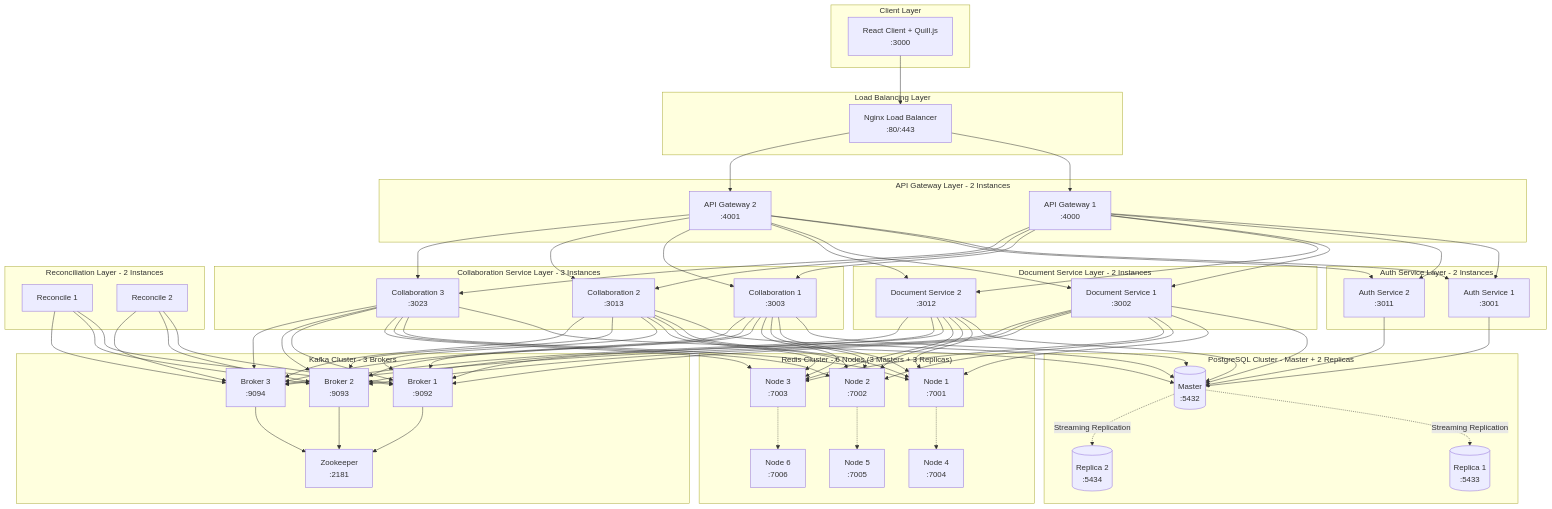
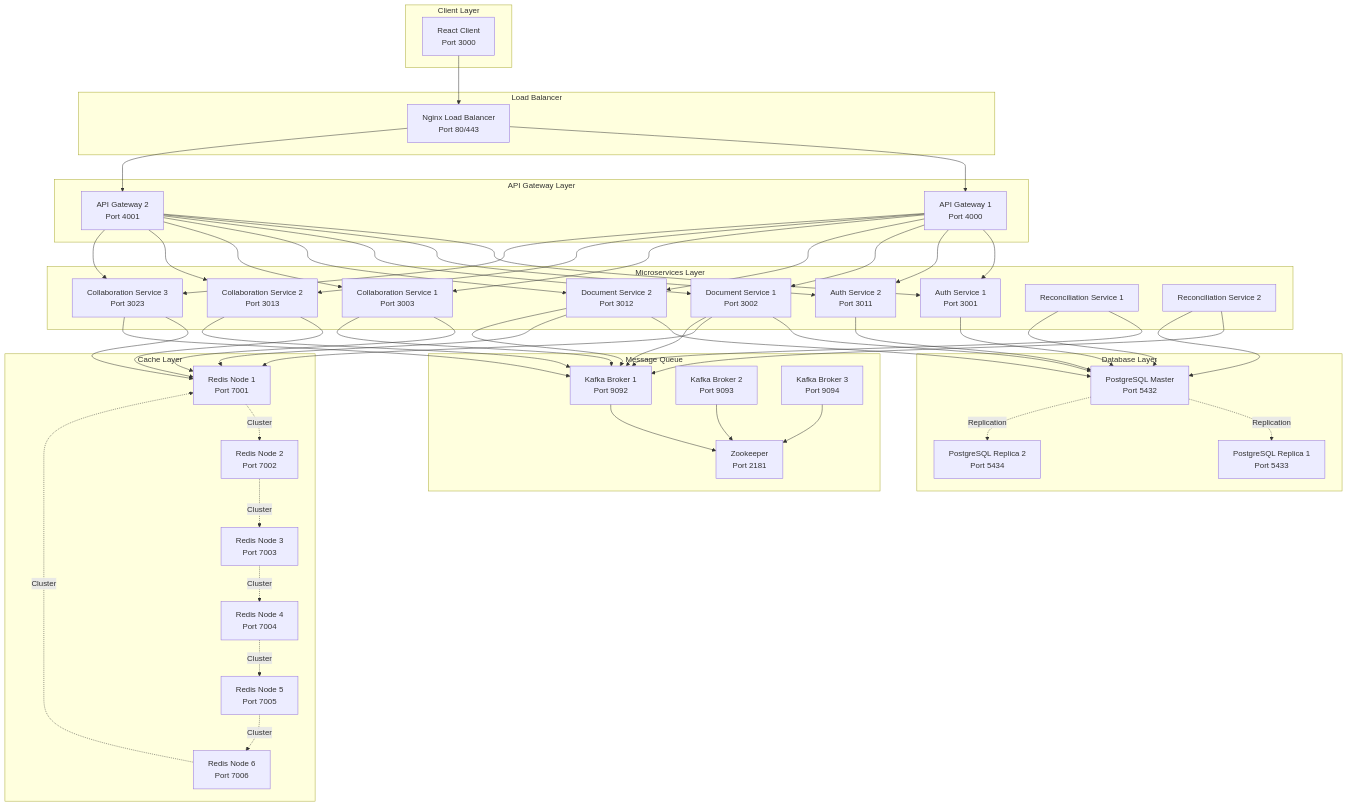
Before and after one commit to Tomato-bugs-potato/Collaborative-Text-Editor: the diagram in docs/ARCHITECTURE.md, drawn with Mermaid. The commit also changed other lines of this file, not shown here.

````diff
--- a/docs/ARCHITECTURE.md
+++ b/docs/ARCHITECTURE.md
@@ -35,81 +35,105 @@
 ```mermaid
 graph TB
     subgraph "Client Layer"
-        C[React Client + Quill.js<br/>:3000]
+        Client[React Client<br/>Port 3000]
     end
+
+    subgraph "Load Balancer"
+        Nginx[Nginx Load Balancer<br/>Port 80/443]
+    end
+
+    subgraph "API Gateway Layer"
+        GW1[API Gateway 1<br/>Port 4000]
+        GW2[API Gateway 2<br/>Port 4001]
+    end
+
+    subgraph "Microservices Layer"
+        Auth1[Auth Service 1<br/>Port 3001]
+        Auth2[Auth Service 2<br/>Port 3011]
+        Doc1[Document Service 1<br/>Port 3002]
+        Doc2[Document Service 2<br/>Port 3012]
+        Collab1[Collaboration Service 1<br/>Port 3003]
+        Collab2[Collaboration Service 2<br/>Port 3013]
+        Collab3[Collaboration Service 3<br/>Port 3023]
+        Recon1[Reconciliation Service 1]
+        Recon2[Reconciliation Service 2]
+    end
+
+    subgraph "Message Queue"
+        Kafka1[Kafka Broker 1<br/>Port 9092]
+        Kafka2[Kafka Broker 2<br/>Port 9093]
+        Kafka3[Kafka Broker 3<br/>Port 9094]
+        Zoo[Zookeeper<br/>Port 2181]
+    end
+
+    subgraph "Cache Layer"
+        Redis1[Redis Node 1<br/>Port 7001]
+        Redis2[Redis Node 2<br/>Port 7002]
+        Redis3[Redis Node 3<br/>Port 7003]
+        Redis4[Redis Node 4<br/>Port 7004]
+        Redis5[Redis Node 5<br/>Port 7005]
+        Redis6[Redis Node 6<br/>Port 7006]
+    end
+
+    subgraph "Database Layer"
+        PGMaster[PostgreSQL Master<br/>Port 5432]
+        PGReplica1[PostgreSQL Replica 1<br/>Port 5433]
+        PGReplica2[PostgreSQL Replica 2<br/>Port 5434]
+    end
+
+    Client --> Nginx
+    Nginx --> GW1
+    Nginx --> GW2
     
-    subgraph "Load Balancing Layer"
-        N[Nginx Load Balancer<br/>:80/:443]
-    end
+    GW1 --> Auth1
+    GW1 --> Auth2
+    GW1 --> Doc1
+    GW1 --> Doc2
+    GW1 --> Collab1
+    GW1 --> Collab2
+    GW1 --> Collab3
     
-    subgraph "API Gateway Layer - 2 Instances"
-        AG1[API Gateway 1<br/>:4000]
-        AG2[API Gateway 2<br/>:4001]
-    end
+    GW2 --> Auth1
+    GW2 --> Auth2
+    GW2 --> Doc1
+    GW2 --> Doc2
+    GW2 --> Collab1
+    GW2 --> Collab2
+    GW2 --> Collab3
+
+    Auth1 --> PGMaster
+    Auth2 --> PGMaster
+    Doc1 --> PGMaster
+    Doc2 --> PGMaster
+    Doc1 --> Redis1
+    Doc2 --> Redis1
     
-    subgraph "Auth Service Layer - 2 Instances"
-        AS1[Auth Service 1<br/>:3001]
-        AS2[Auth Service 2<br/>:3011]
-    end
+    Collab1 --> Redis1
+    Collab2 --> Redis1
+    Collab3 --> Redis1
     
-    subgraph "Document Service Layer - 2 Instances"
-        DS1[Document Service 1<br/>:3002]
-        DS2[Document Service 2<br/>:3012]
-    end
+    Doc1 --> Kafka1
+    Doc2 --> Kafka1
+    Collab1 --> Kafka1
+    Collab2 --> Kafka1
+    Collab3 --> Kafka1
     
-    subgraph "Collaboration Service Layer - 3 Instances"
-        CS1[Collaboration 1<br/>:3003]
-        CS2[Collaboration 2<br/>:3013]
-        CS3[Collaboration 3<br/>:3023]
-    end
+    Recon1 --> Kafka1
+    Recon2 --> Kafka1
+    Recon1 --> PGMaster
+    Recon2 --> PGMaster
     
-    subgraph "Reconciliation Layer - 2 Instances"
-        RS1[Reconcile 1]
-        RS2[Reconcile 2]
-    end
+    Kafka1 --> Zoo
+    Kafka2 --> Zoo
+    Kafka3 --> Zoo
     
-    subgraph "PostgreSQL Cluster - Master + 2 Replicas"
-        PGM[(Master<br/>:5432)]
-        PGR1[(Replica 1<br/>:5433)]
-        PGR2[(Replica 2<br/>:5434)]
-    end
+    PGMaster -.Replication.-> PGReplica1
+    PGMaster -.Replication.-> PGReplica2
     
-    subgraph "Redis Cluster - 6 Nodes (3 Masters + 3 Replicas)"
-        R1[Node 1<br/>:7001]
-        R2[Node 2<br/>:7002]
-        R3[Node 3<br/>:7003]
-        R4[Node 4<br/>:7004]
-        R5[Node 5<br/>:7005]
-        R6[Node 6<br/>:7006]
-    end
-    
-    subgraph "Kafka Cluster - 3 Brokers"
-        ZK[Zookeeper<br/>:2181]
-        K1[Broker 1<br/>:9092]
-        K2[Broker 2<br/>:9093]
-        K3[Broker 3<br/>:9094]
-    end
-    
-    C --> N
-    N --> AG1 & AG2
-    AG1 & AG2 --> AS1 & AS2
-    AG1 & AG2 --> DS1 & DS2
-    AG1 & AG2 --> CS1 & CS2 & CS3
-    
-    AS1 & AS2 --> PGM
-    DS1 & DS2 --> PGM
-    DS1 & DS2 --> R1 & R2 & R3
-    DS1 & DS2 --> K1 & K2 & K3
-    
-    CS1 & CS2 & CS3 --> PGM
-    CS1 & CS2 & CS3 --> R1 & R2 & R3
-    CS1 & CS2 & CS3 --> K1 & K2 & K3
-    
-    RS1 & RS2 --> K1 & K2 & K3
-    
-    PGM -.->|Streaming Replication| PGR1 & PGR2
-    K1 & K2 & K3 --> ZK
-    R1 -.-> R4
-    R2 -.-> R5
-    R3 -.-> R6
+    Redis1 -.Cluster.-> Redis2
+    Redis2 -.Cluster.-> Redis3
+    Redis3 -.Cluster.-> Redis4
+    Redis4 -.Cluster.-> Redis5
+    Redis5 -.Cluster.-> Redis6
+    Redis6 -.Cluster.-> Redis1
 ```
````
